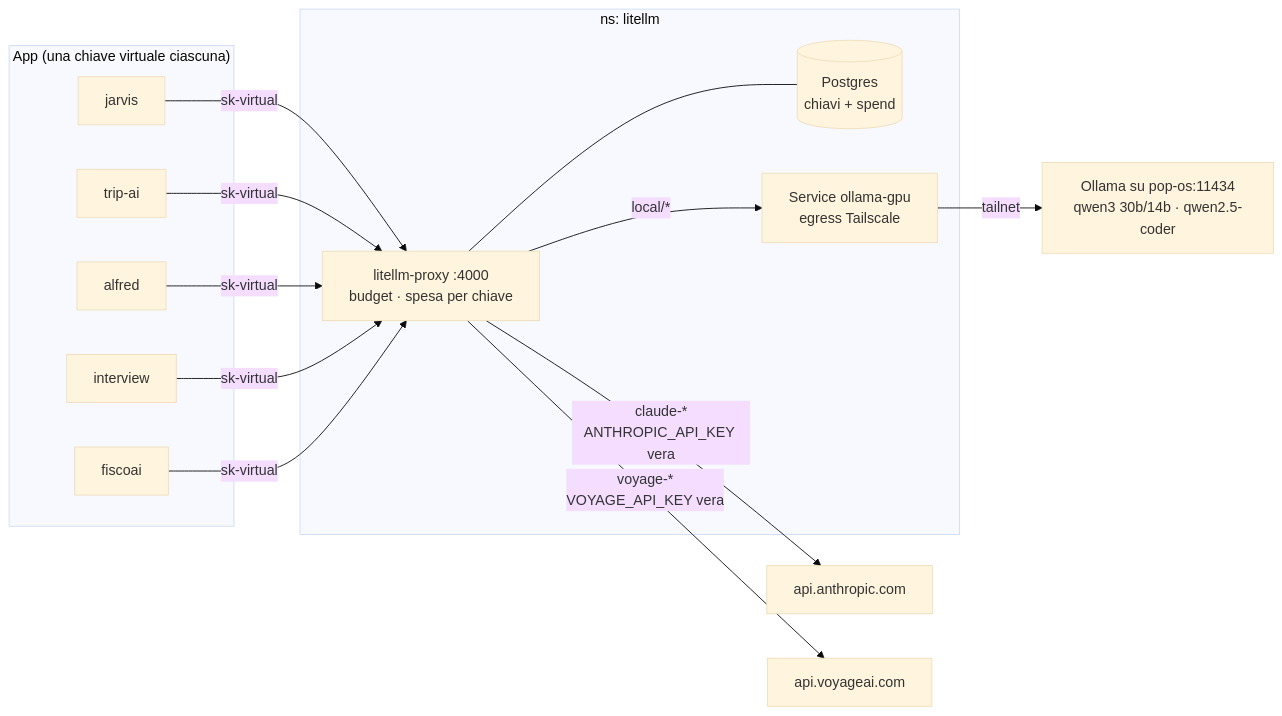
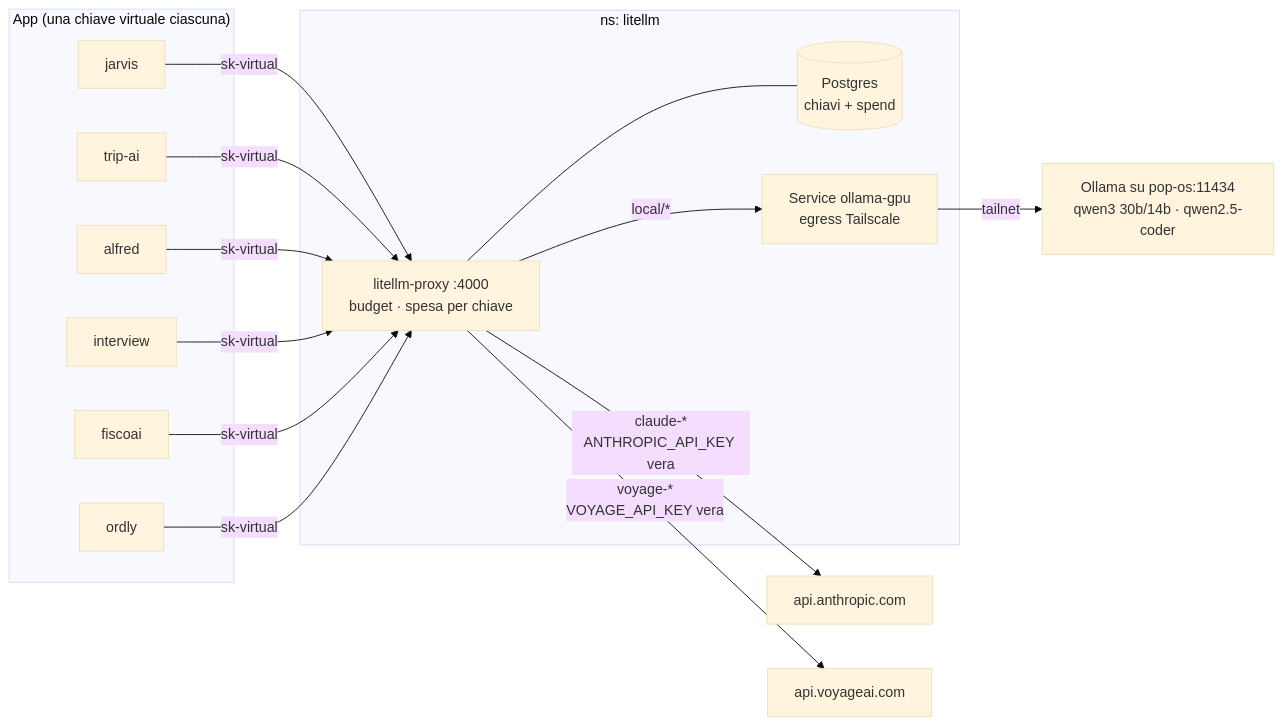
Before and after one commit to gmottola00/Home-Lab-Infra: the fifth of 8 diagrams in README.md, drawn with Mermaid (base theme). The commit also changed other lines of this file and 14 other files, not shown here.

````diff
--- a/README.md
+++ b/README.md
@@ -305,22 +308,23 @@
 ```mermaid
 flowchart LR
     subgraph clients["App (una chiave virtuale ciascuna)"]
         j["jarvis"]
         t["trip-ai"]
         al["alfred"]
         iv["interview"]
         fa["fiscoai"]
+        od["ordly"]
     end
 
     subgraph ns["ns: litellm"]
         proxy["litellm-proxy :4000<br/>budget · spesa per chiave"]
         lpg[("Postgres<br/>chiavi + spend")]
         egress["Service ollama-gpu<br/>egress Tailscale"]
     end
 
-    j & t & al & iv & fa -- "sk-virtual" --> proxy
+    j & t & al & iv & fa & od -- "sk-virtual" --> proxy
     proxy --- lpg
     proxy -- "claude-*<br/>ANTHROPIC_API_KEY vera" --> anth["api.anthropic.com"]
     proxy -- "local/*" --> egress -- tailnet --> ollama["Ollama su pop-os:11434<br/>qwen3 30b/14b · qwen2.5-coder"]
     proxy -- "voyage-*<br/>VOYAGE_API_KEY vera" --> voy["api.voyageai.com"]
 ```
````
